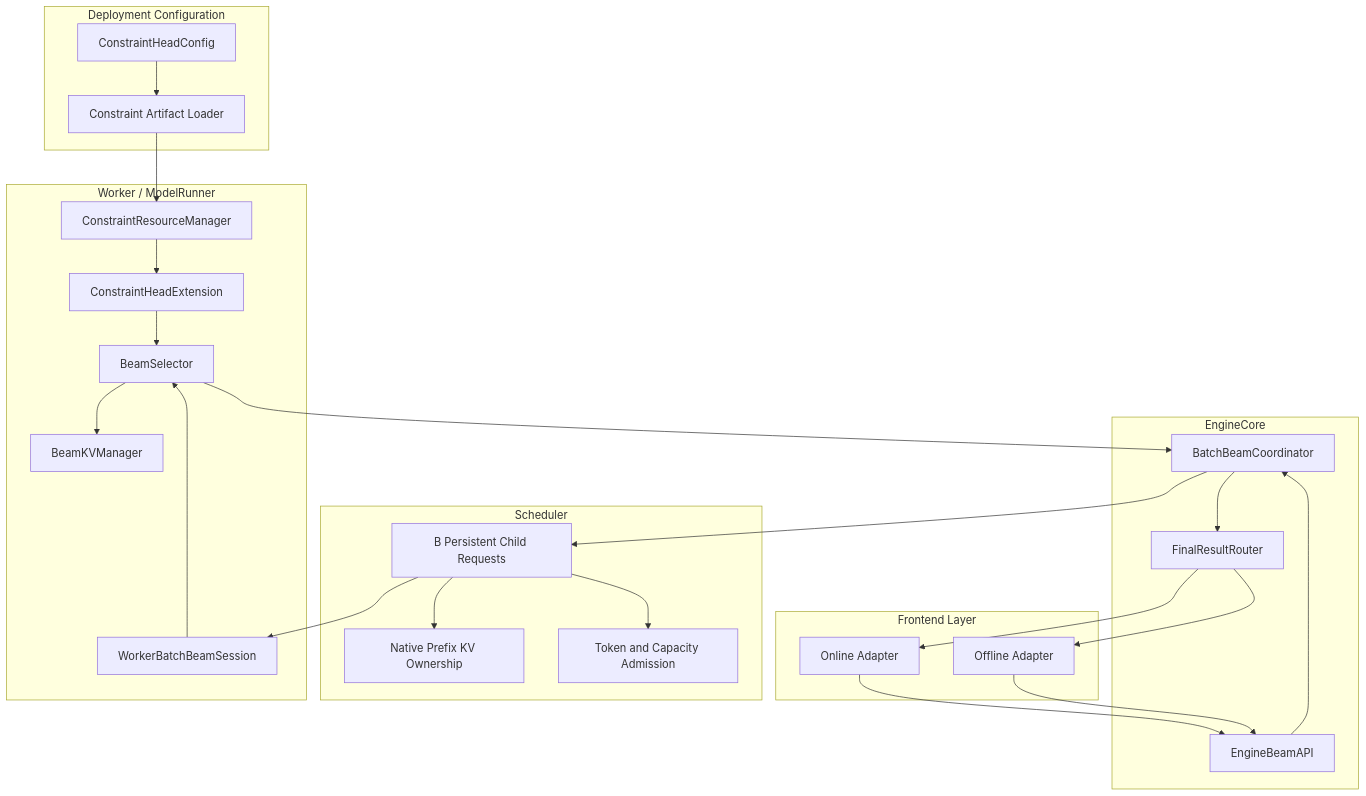
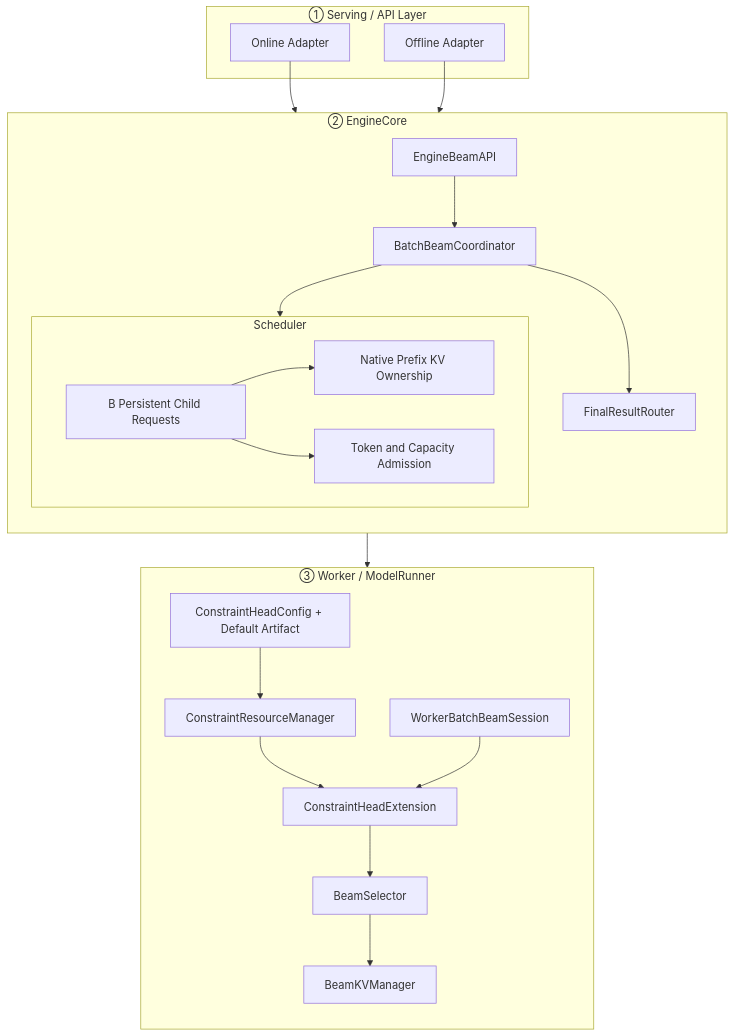
Before and after one commit to zhanghanleo10/gr-related: the second of 10 diagrams in GR/engine_owned_persistent_beam_session_feature_design.md, drawn with Mermaid. The commit also changed other lines of this file, not shown here.

Commit message:
Redraw persistent beam architecture top down

```diff
--- a/GR/engine_owned_persistent_beam_session_feature_design.md
+++ b/GR/engine_owned_persistent_beam_session_feature_design.md
@@ -143,50 +143,48 @@
 ~~~mermaid
 flowchart TB
-    subgraph CONFIG["Deployment Configuration"]
-        CFG["ConstraintHeadConfig"]
-        LOAD["Constraint Artifact Loader"]
-    end
-
-    subgraph FRONTEND["Frontend Layer"]
+    subgraph FRONTEND["① Serving / API Layer"]
         ON["Online Adapter"]
         OFF["Offline Adapter"]
     end
 
-    subgraph ENGINE["EngineCore"]
+    subgraph ENGINE["② EngineCore"]
+        direction TB
         API["EngineBeamAPI"]
         COORD["BatchBeamCoordinator"]
         ROUTER["FinalResultRouter"]
+
+        subgraph SCHEDULER["Scheduler"]
+            direction LR
+            REQS["B Persistent Child Requests"]
+            PREFIX["Native Prefix KV Ownership"]
+            BUDGET["Token and Capacity Admission"]
+
+            REQS --> PREFIX
+            REQS --> BUDGET
+        end
+
+        API --> COORD
+        COORD --> REQS
+        COORD --> ROUTER
     end
 
-    subgraph SCHEDULER["Scheduler"]
-        REQS["B Persistent Child Requests"]
-        PREFIX["Native Prefix KV Ownership"]
-        BUDGET["Token and Capacity Admission"]
-    end
-
-    subgraph WORKER["Worker / ModelRunner"]
+    subgraph WORKER["③ Worker / ModelRunner"]
+        direction TB
+        LOAD["ConstraintHeadConfig + Default Artifact"]
         CRM["ConstraintResourceManager"]
         CHE["ConstraintHeadExtension"]
         SESSION["WorkerBatchBeamSession"]
         SELECT["BeamSelector"]
         BKV["BeamKVManager"]
+
+        LOAD --> CRM
+        CRM --> CHE
+        SESSION --> CHE
+        CHE --> SELECT
+        SELECT --> BKV
     end
 
-    CFG --> LOAD
-    LOAD --> CRM
     ON --> API
     OFF --> API
-    API --> COORD
-    COORD --> REQS
-    REQS --> PREFIX
-    REQS --> BUDGET
     REQS --> SESSION
-    CRM --> CHE
-    CHE --> SELECT
-    SESSION --> SELECT
-    SELECT --> BKV
-    SELECT --> COORD
-    COORD --> ROUTER
-    ROUTER --> ON
-    ROUTER --> OFF
 ~~~
```
